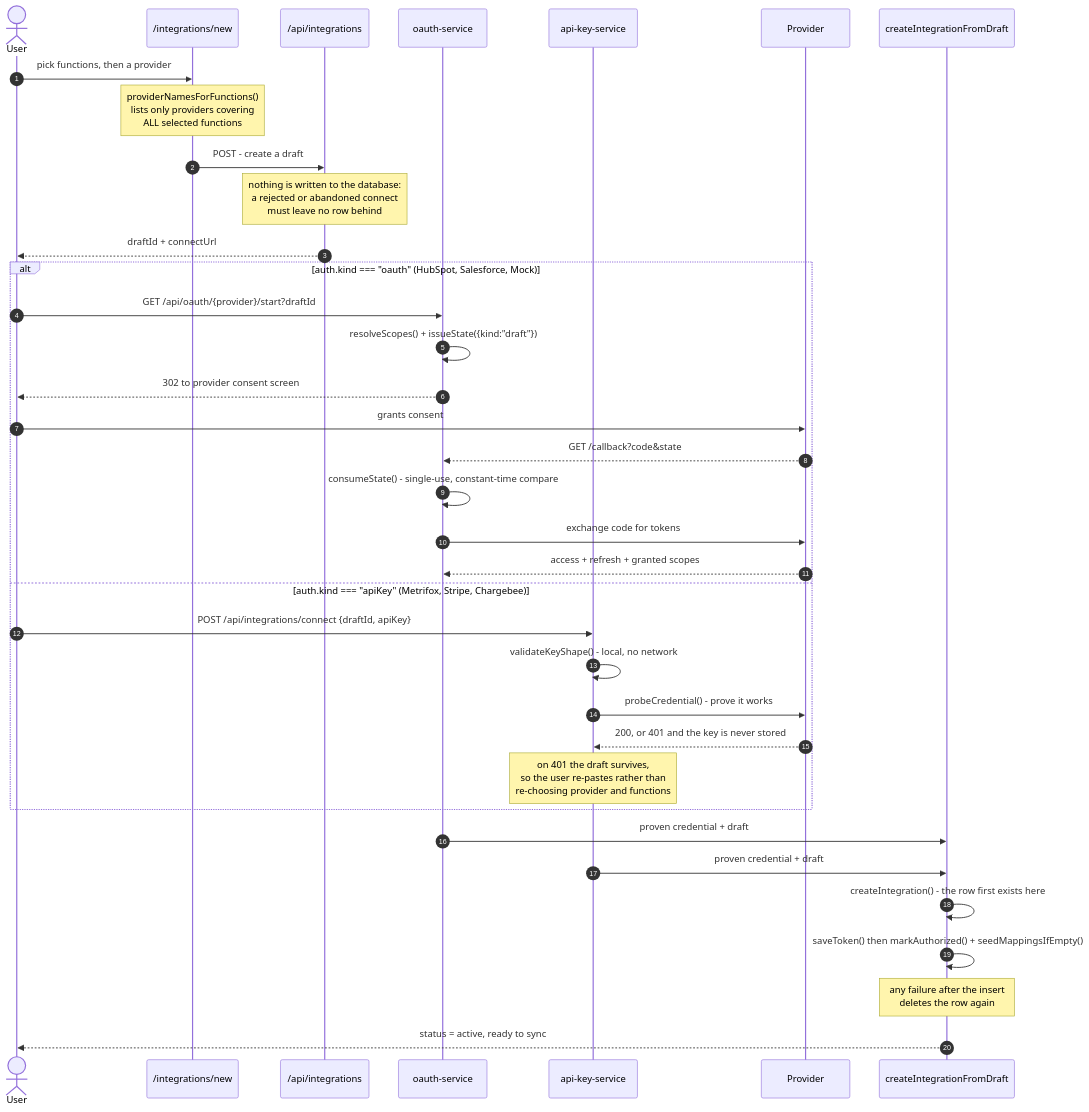
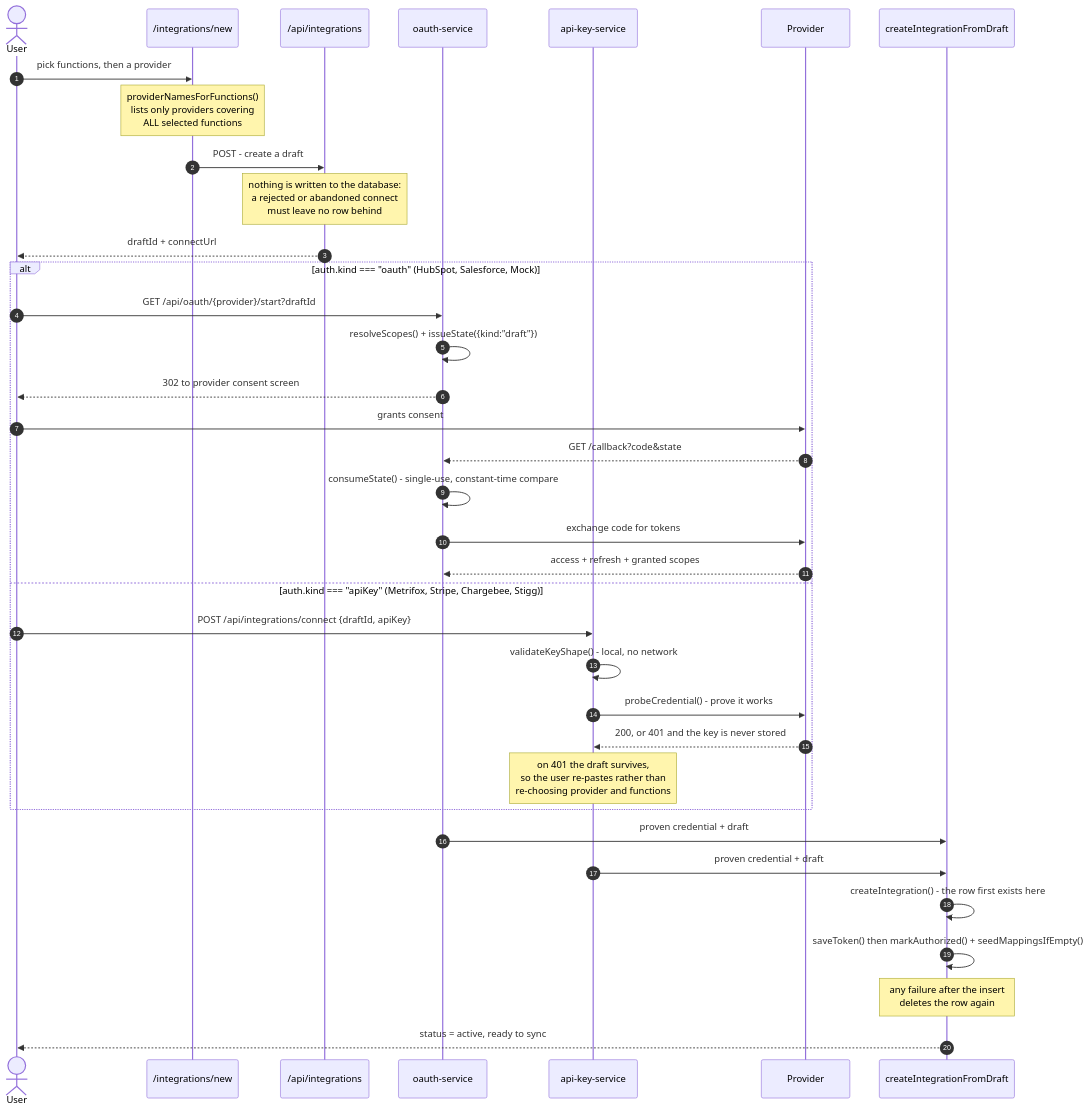
One commit to ajibade-ibrahim/Integration-Demo changed the third of 9 diagrams in docs/architecture.md. Above: the diagram before and after it, drawn with Mermaid. The commit also changed other lines of this file and 10 other files, not shown here.

````diff
--- a/docs/architecture.md
+++ b/docs/architecture.md
@@ -147,41 +148,41 @@
 ```mermaid
 sequenceDiagram
     autonumber
     actor U as User
     participant NEW as /integrations/new
     participant API as /api/integrations
     participant OA as oauth-service
     participant AK as api-key-service
     participant P as Provider
     participant FIN as createIntegrationFromDraft
 
     U->>NEW: pick functions, then a provider
     Note over NEW: providerNamesForFunctions()<br/>lists only providers covering<br/>ALL selected functions
     NEW->>API: POST - create a draft
     Note over API: nothing is written to the database:<br/>a rejected or abandoned connect<br/>must leave no row behind
     API-->>U: draftId + connectUrl
 
     alt auth.kind === "oauth" (HubSpot, Salesforce, Mock)
         U->>OA: GET /api/oauth/{provider}/start?draftId
         OA->>OA: resolveScopes() + issueState({kind:"draft"})
         OA-->>U: 302 to provider consent screen
         U->>P: grants consent
         P-->>OA: GET /callback?code&state
         OA->>OA: consumeState() - single-use, constant-time compare
         OA->>P: exchange code for tokens
         P-->>OA: access + refresh + granted scopes
-    else auth.kind === "apiKey" (Metrifox, Stripe, Chargebee)
+    else auth.kind === "apiKey" (Metrifox, Stripe, Chargebee, Stigg)
         U->>AK: POST /api/integrations/connect {draftId, apiKey}
         AK->>AK: validateKeyShape() - local, no network
         AK->>P: probeCredential() - prove it works
         P-->>AK: 200, or 401 and the key is never stored
         Note over AK: on 401 the draft survives,<br/>so the user re-pastes rather than<br/>re-choosing provider and functions
     end
 
     OA->>FIN: proven credential + draft
     AK->>FIN: proven credential + draft
     FIN->>FIN: createIntegration() - the row first exists here
     FIN->>FIN: saveToken() then markAuthorized() + seedMappingsIfEmpty()
     Note over FIN: any failure after the insert<br/>deletes the row again
     FIN-->>U: status = active, ready to sync
 ```
````
